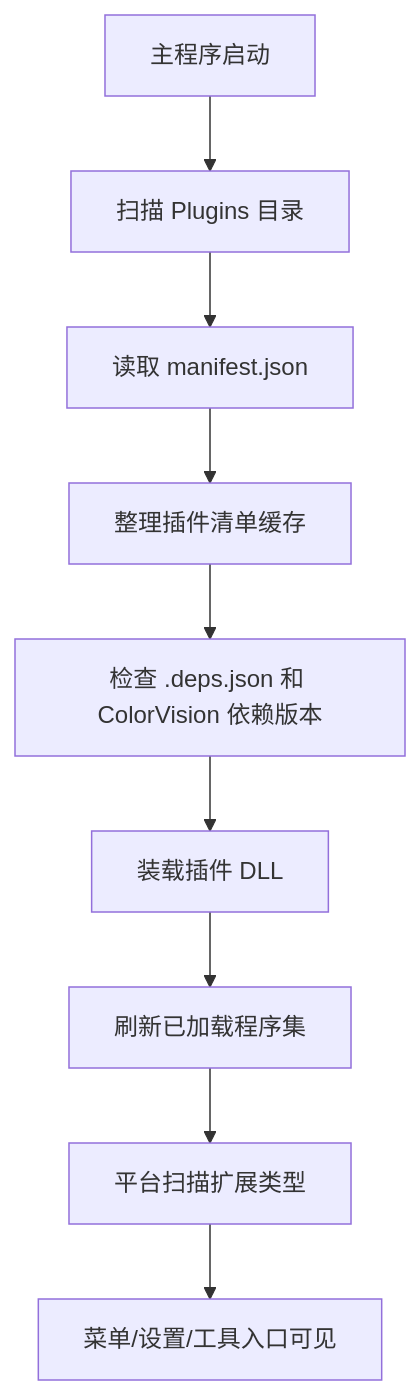
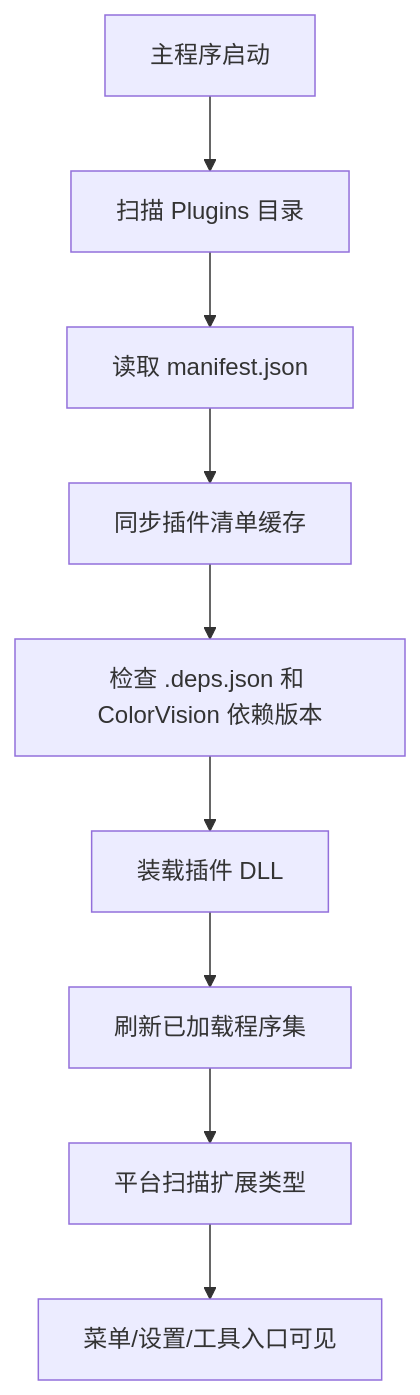
One commit to xincheng213618/scgd_general_wpf changed the diagram in docs/02-developer-guide/plugin-development/lifecycle.md. Above: the diagram before and after it, drawn with Mermaid. The commit also changed other lines of this file and 180 other files, not shown here.

````diff
--- a/docs/02-developer-guide/plugin-development/lifecycle.md
+++ b/docs/02-developer-guide/plugin-development/lifecycle.md
@@ -22,11 +7,11 @@
 ```mermaid
 flowchart TD
-    A[主程序启动] --> B[扫描 Plugins 目录]
-    B --> C[读取 manifest.json]
-    C --> D[整理插件清单缓存]
-    D --> E[检查 .deps.json 和 ColorVision 依赖版本]
-    E --> F[装载插件 DLL]
-    F --> G[刷新已加载程序集]
-    G --> H[平台扫描扩展类型]
-    H --> I[菜单/设置/工具入口可见]
+    A["主程序启动"] --> B["扫描 Plugins 目录"]
+    B --> C["读取 manifest.json"]
+    C --> D["同步插件清单缓存"]
+    D --> E["检查 .deps.json 和 ColorVision 依赖版本"]
+    E --> F["装载插件 DLL"]
+    F --> G["刷新已加载程序集"]
+    G --> H["平台扫描扩展类型"]
+    H --> I["菜单/设置/工具入口可见"]
 ```
````
